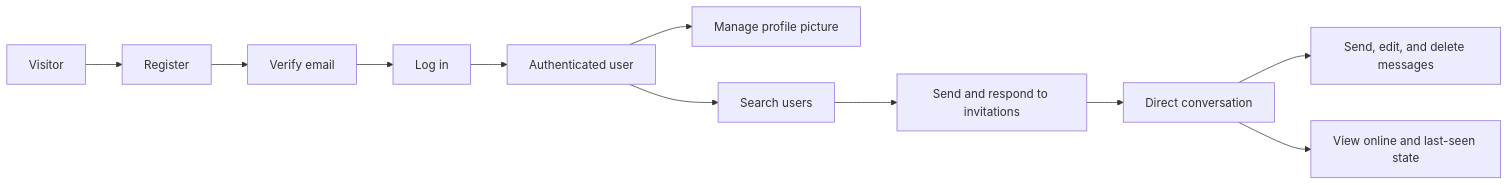
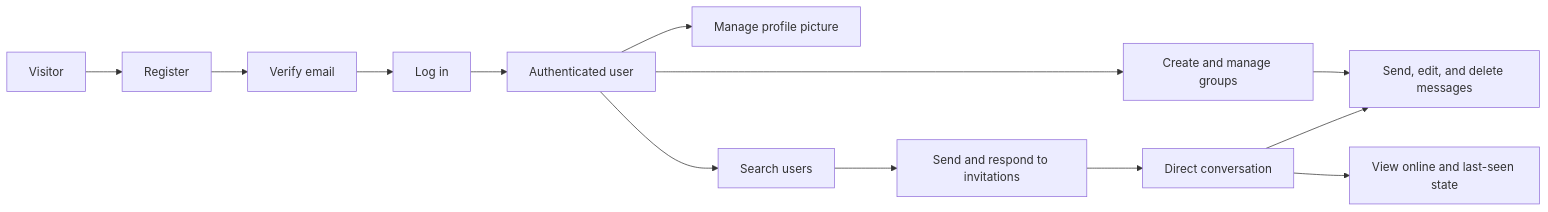
Before and after one commit to Saurav11343/click-chat: the diagram in docs/01-project-overview.md, drawn with Mermaid. The commit also changed other lines of this file and 15 other files, not shown here.

````diff
--- a/docs/01-project-overview.md
+++ b/docs/01-project-overview.md
@@ -37,13 +38,15 @@
 ```mermaid
 flowchart LR
     V["Visitor"] --> REG["Register"]
     REG --> VER["Verify email"]
     VER --> LOG["Log in"]
     LOG --> AUTH["Authenticated user"]
     AUTH --> PRO["Manage profile picture"]
     AUTH --> SEA["Search users"]
     SEA --> INV["Send and respond to invitations"]
     INV --> CON["Direct conversation"]
+    AUTH --> GRP["Create and manage groups"]
     CON --> MSG["Send, edit, and delete messages"]
+    GRP --> MSG
     CON --> PRE["View online and last-seen state"]
 ```
````
